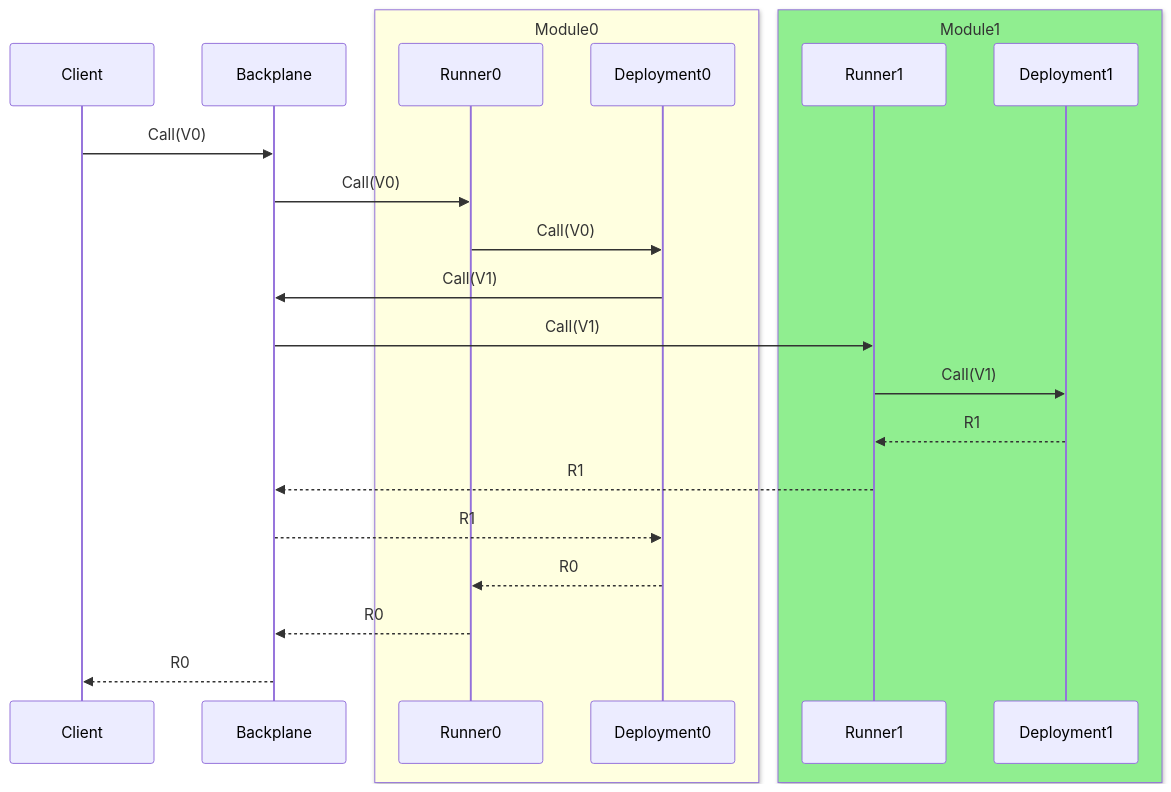
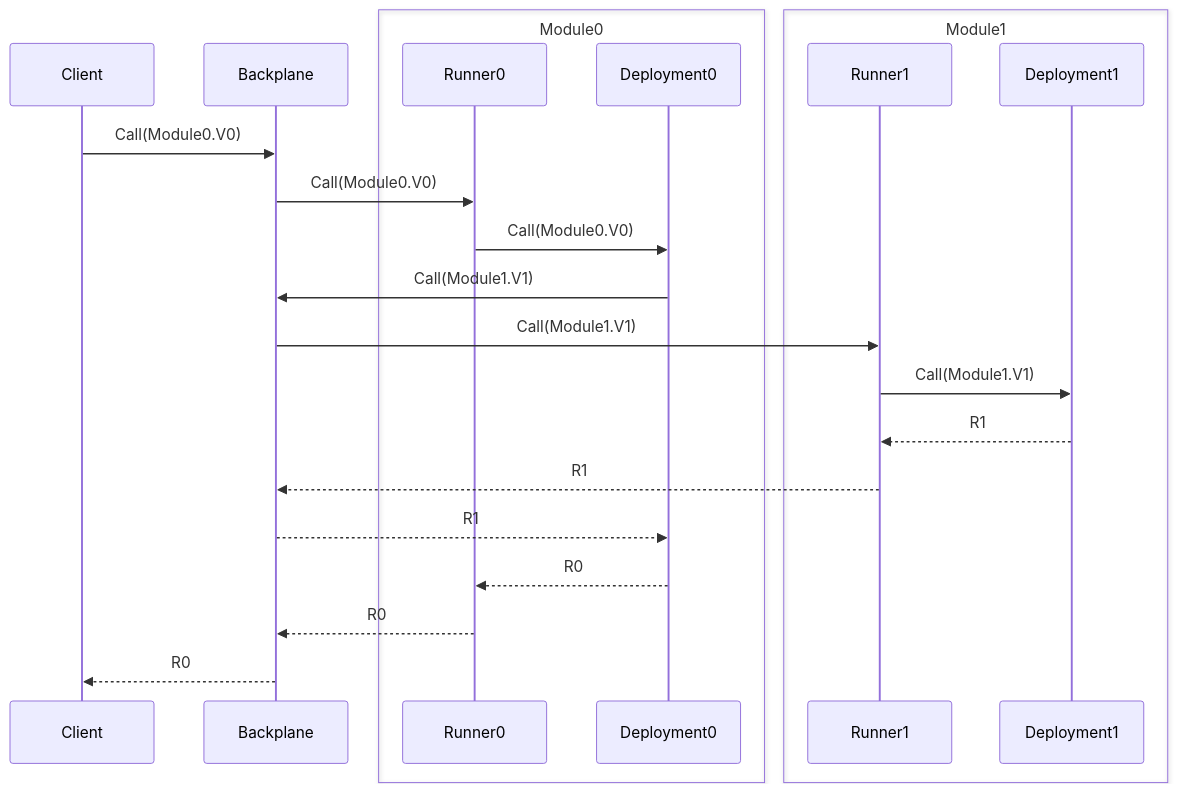
One commit to TBD54566975/ftl changed the third of 3 diagrams in ARCHITECTURE.md. Above: the diagram before and after it, drawn with Mermaid. The commit also changed other lines of this file and 27 other files, not shown here.

````diff
--- a/ARCHITECTURE.md
+++ b/ARCHITECTURE.md
@@ -58,28 +62,28 @@
 ```mermaid
 sequenceDiagram
   %% autonumber
 
   participant C as Client
   participant B as Backplane
-  box LightYellow Module0
+  box Module0
     participant R0 as Runner0
     participant M0 as Deployment0
   end
-  box LightGreen Module1
+  box Module1
     participant R1 as Runner1
     participant M1 as Deployment1
   end
 
-  C ->> B: Call(V0)
-  B ->> R0: Call(V0)
-  R0 ->> M0: Call(V0)
-  M0 ->> B: Call(V1)
-  B ->> R1: Call(V1)
-  R1 ->> M1: Call(V1)
+  C ->> B: Call(Module0.V0)
+  B ->> R0: Call(Module0.V0)
+  R0 ->> M0: Call(Module0.V0)
+  M0 ->> B: Call(Module1.V1)
+  B ->> R1: Call(Module1.V1)
+  R1 ->> M1: Call(Module1.V1)
   M1 -->> R1: R1
   R1 -->> B: R1
   B -->> M0: R1
   M0 -->> R0: R0
   R0 -->> B: R0
   B -->> C: R0
 ```
````
